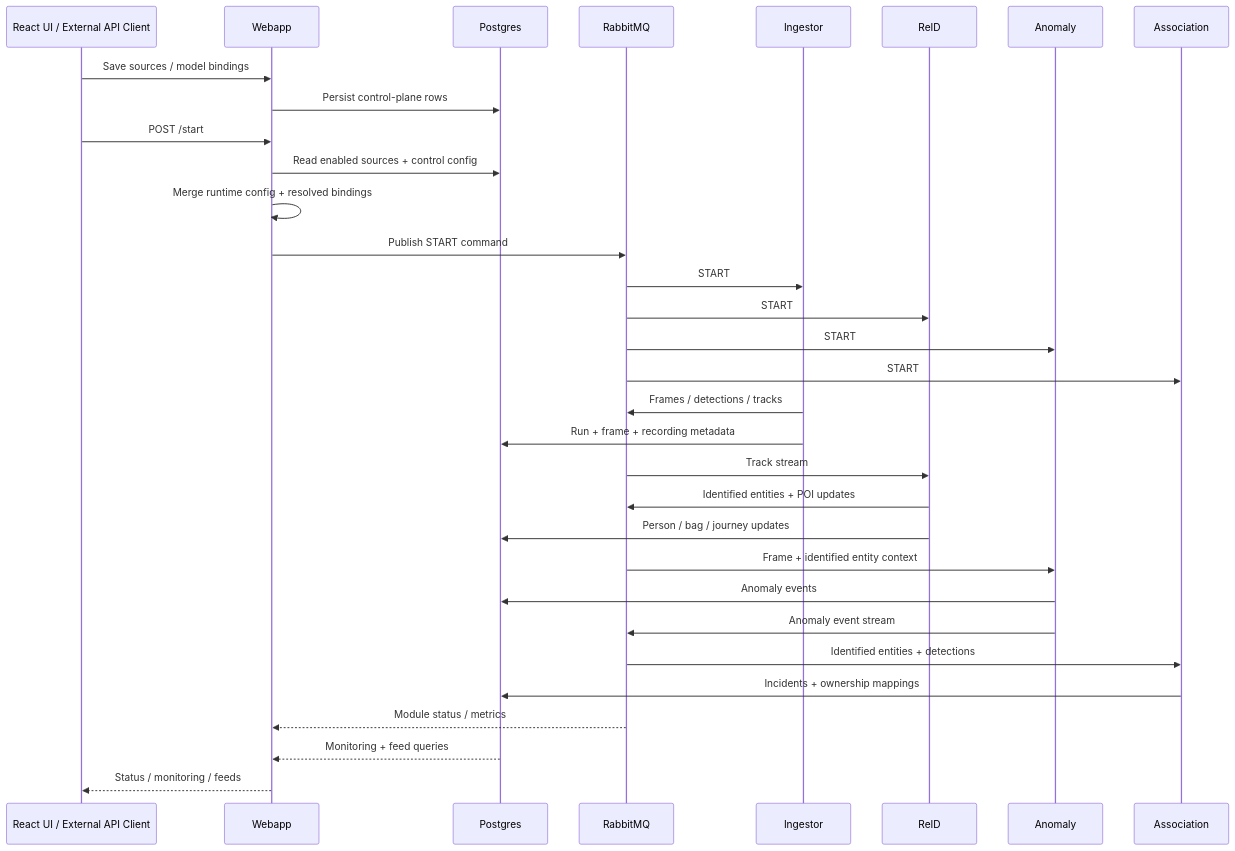
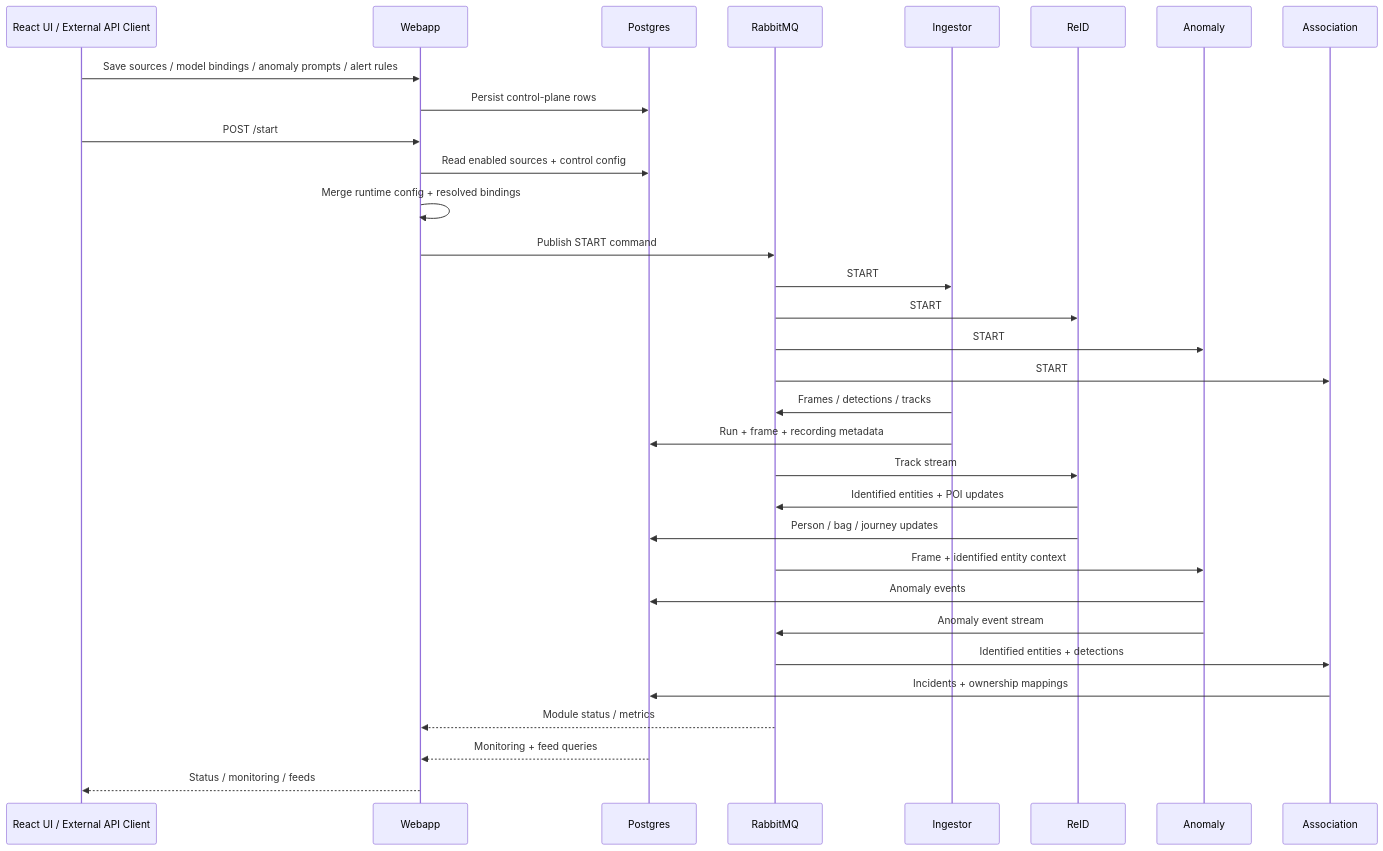
One commit to lauretta-io/hearthlight changed the second of 2 diagrams in docs/architecture.md. Above: the diagram before and after it, drawn with Mermaid. The commit also changed other lines of this file and 41 other files, not shown here.

````diff
--- a/docs/architecture.md
+++ b/docs/architecture.md
@@ -98,37 +98,37 @@
 ```mermaid
 sequenceDiagram
     participant UI as React UI / External API Client
     participant WEB as Webapp
     participant DB as Postgres
     participant MQ as RabbitMQ
     participant ING as Ingestor
     participant REID as ReID
     participant ANOM as Anomaly
     participant ASSOC as Association
 
-    UI->>WEB: Save sources / model bindings
+    UI->>WEB: Save sources / model bindings / anomaly prompts / alert rules
     WEB->>DB: Persist control-plane rows
     UI->>WEB: POST /start
     WEB->>DB: Read enabled sources + control config
     WEB->>WEB: Merge runtime config + resolved bindings
     WEB->>MQ: Publish START command
     MQ->>ING: START
     MQ->>REID: START
     MQ->>ANOM: START
     MQ->>ASSOC: START
 
     ING->>MQ: Frames / detections / tracks
     ING->>DB: Run + frame + recording metadata
     MQ->>REID: Track stream
     REID->>MQ: Identified entities + POI updates
     REID->>DB: Person / bag / journey updates
     MQ->>ANOM: Frame + identified entity context
     ANOM->>DB: Anomaly events
     ANOM->>MQ: Anomaly event stream
     MQ->>ASSOC: Identified entities + detections
     ASSOC->>DB: Incidents + ownership mappings
 
     MQ-->>WEB: Module status / metrics
     DB-->>WEB: Monitoring + feed queries
     WEB-->>UI: Status / monitoring / feeds
 ```
````
